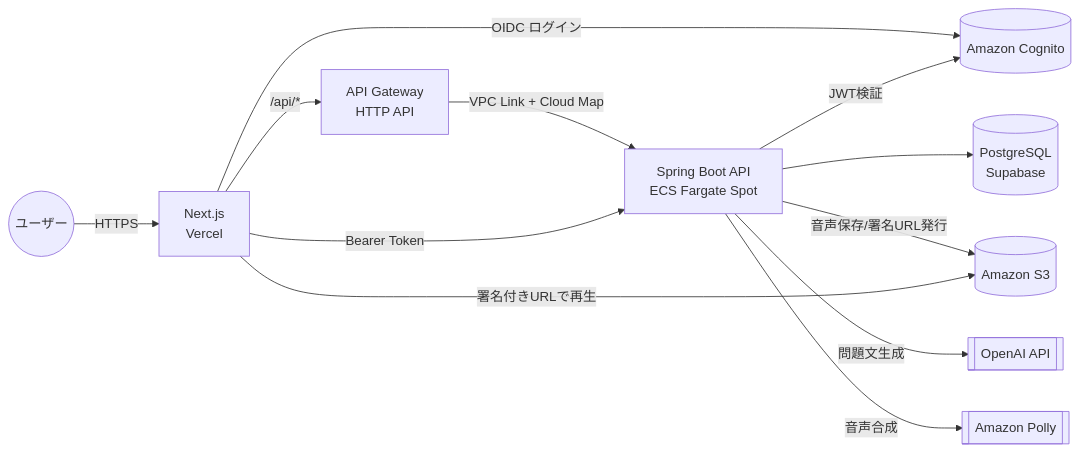
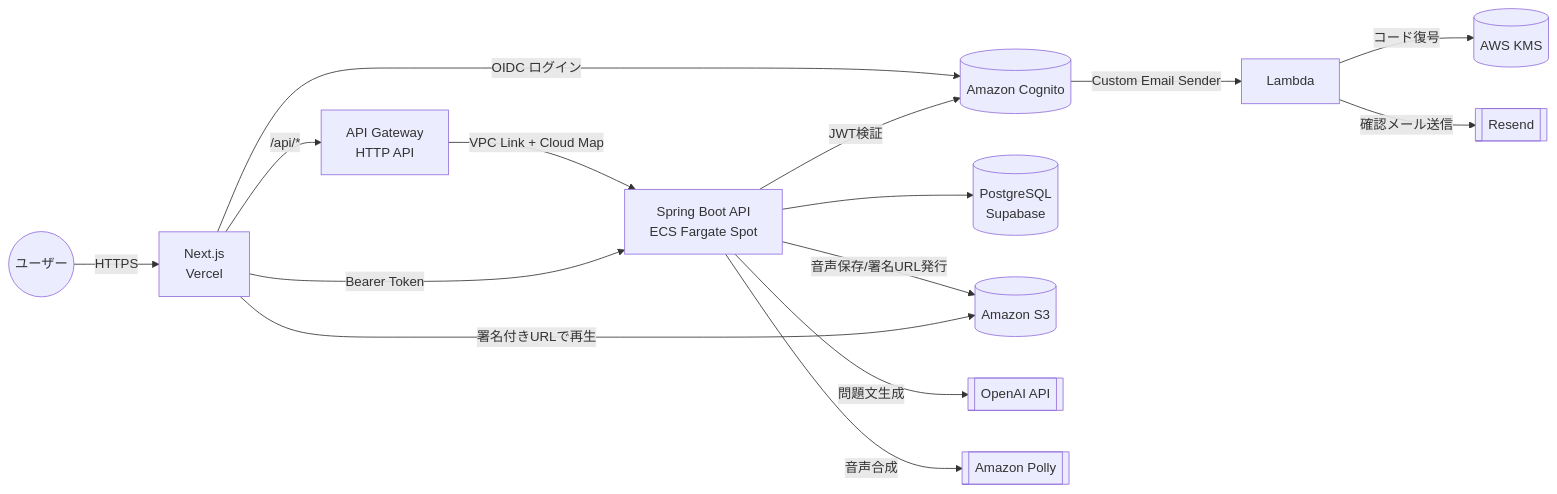
One commit to h-fujiwara-dev/ielts-creater changed the first of 2 diagrams in docs/システム要件定義書.md. Above: the diagram before and after it, drawn with Mermaid. The commit also changed other lines of this file and 1 other file, not shown here.

````diff
--- a/docs/システム要件定義書.md
+++ b/docs/システム要件定義書.md
@@ -254,14 +256,17 @@
 ```mermaid
 flowchart LR
     User((ユーザー)) -->|HTTPS| Web[Next.js<br/>Vercel]
     Web -->|"/api/*"| APIGW[API Gateway<br/>HTTP API]
     APIGW -->|VPC Link + Cloud Map| Api[Spring Boot API<br/>ECS Fargate Spot]
     Web -->|OIDC ログイン| Cognito[(Amazon Cognito)]
     Web -->|Bearer Token| Api
     Api -->|JWT検証| Cognito
     Api --> Supabase[(PostgreSQL<br/>Supabase)]
     Api -->|音声保存/署名URL発行| S3[(Amazon S3)]
     Api -->|問題文生成| OpenAI[[OpenAI API]]
     Api -->|音声合成| Polly[[Amazon Polly]]
     Web -->|署名付きURLで再生| S3
+    Cognito -->|Custom Email Sender| EmailLambda[Lambda]
+    EmailLambda -->|コード復号| KMS[(AWS KMS)]
+    EmailLambda -->|確認メール送信| Resend[[Resend]]
 ```
````
